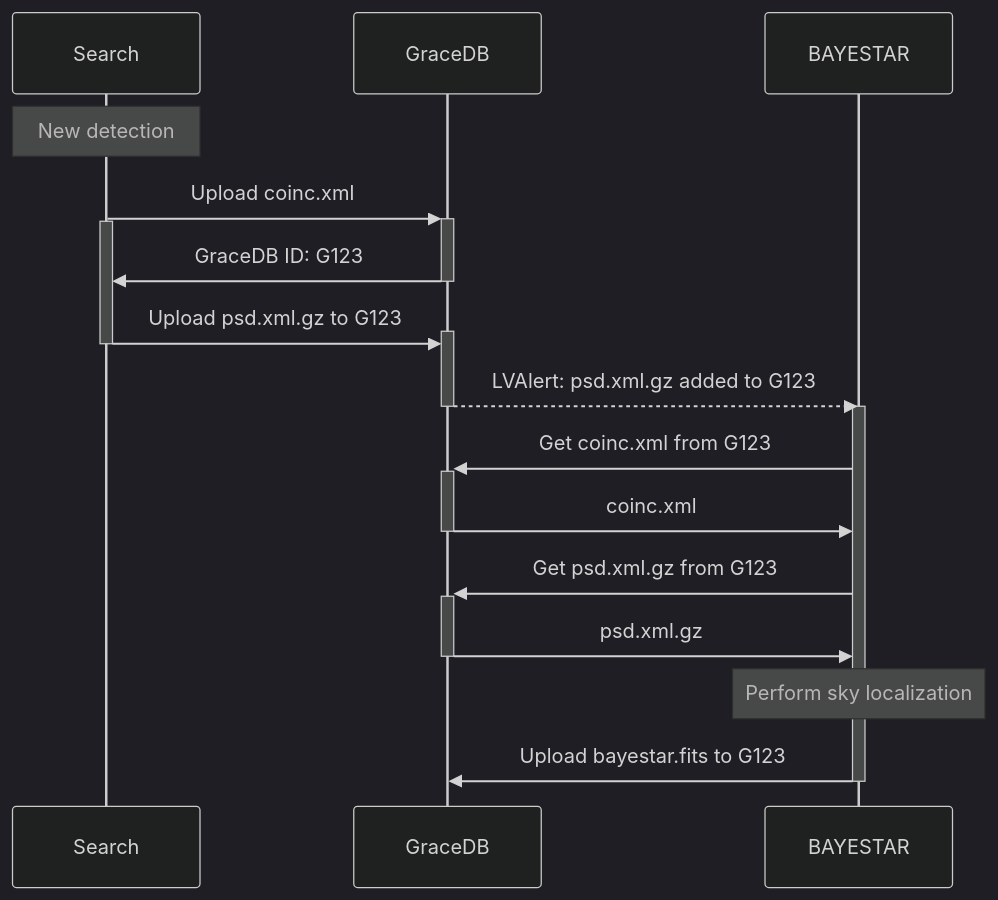
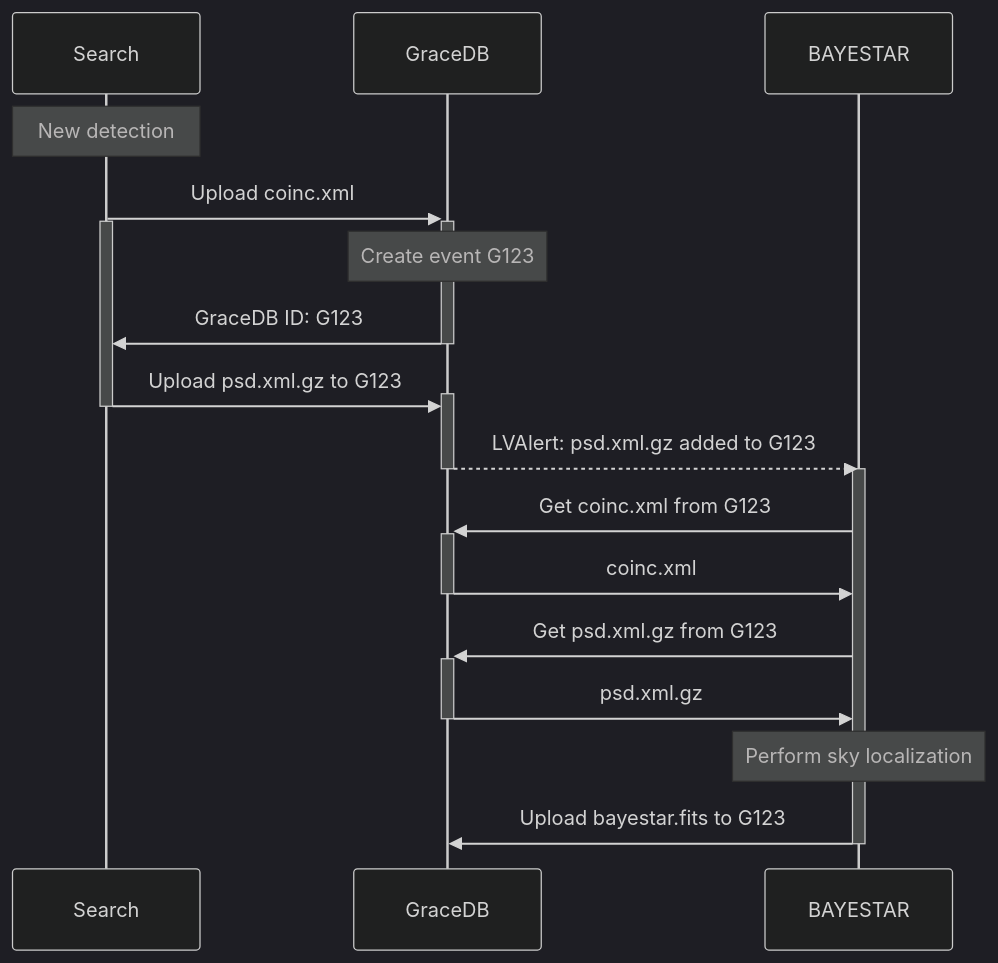
The diagram in docs/interface.rst (lpsinger/ligo.skymap), drawn with Mermaid (dark theme) before and after one commit.

Commit message:
Add note to mermaid diagram

```diff
--- a/docs/interface.rst
+++ b/docs/interface.rst
@@ -37,19 +37,20 @@
 .. mermaid::
 
     sequenceDiagram
     
         note over Search: New detection
         Search ->>+ GraceDB: Upload coinc.xml
         activate Search
+        note over GraceDB: Create event G123
         GraceDB ->>- Search: GraceDB ID: G123
         Search ->>+ GraceDB: Upload psd.xml.gz to G123
         deactivate Search
         GraceDB -->>- BAYESTAR: LVAlert: psd.xml.gz added to G123
         activate BAYESTAR
         BAYESTAR ->>+ GraceDB: Get coinc.xml from G123
         GraceDB ->>- BAYESTAR: coinc.xml
         BAYESTAR ->>+ GraceDB: Get psd.xml.gz from G123
         GraceDB ->>- BAYESTAR: psd.xml.gz
         note over BAYESTAR: Perform sky localization
         BAYESTAR ->> GraceDB: Upload bayestar.fits to G123
         deactivate BAYESTAR
```
